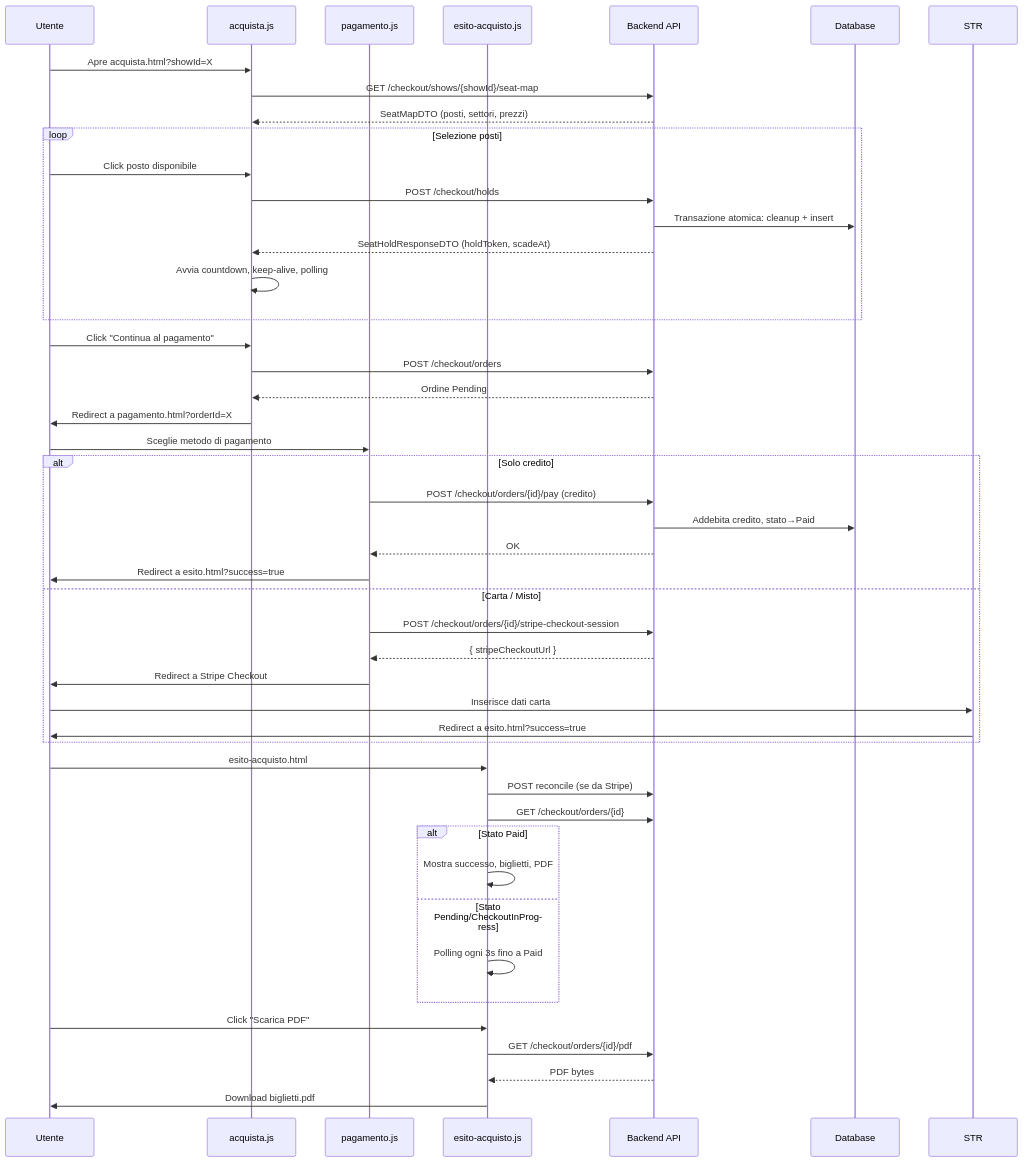
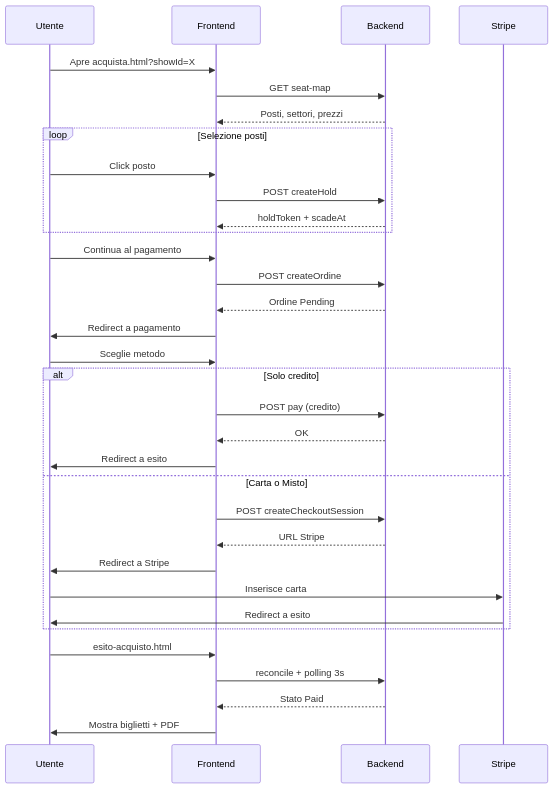
The first of 2 diagrams in film-app-dev_iteration_4/presentazione/05-acquisto-biglietti.md (RizzoThomas/esercizioopencodefilm), drawn with Mermaid before and after one commit. The commit also changed 16 other files, not shown here.

````diff
--- a/film-app-dev_iteration_4/presentazione/05-acquisto-biglietti.md
+++ b/film-app-dev_iteration_4/presentazione/05-acquisto-biglietti.md
@@ -21,56 +21,41 @@
 ```mermaid
 sequenceDiagram
     participant U as Utente
-    participant ACQ as acquista.js
-    participant PAG as pagamento.js
-    participant ES as esito-acquisto.js
-    participant API as Backend API
-    participant DB as Database
+    participant FE as Frontend
+    participant API as Backend
+    participant STR as Stripe
 
-    U->>ACQ: Apre acquista.html?showId=X
-    ACQ->>API: GET /checkout/shows/{showId}/seat-map
-    API-->>ACQ: SeatMapDTO (posti, settori, prezzi)
+    U->>FE: Apre acquista.html?showId=X
+    FE->>API: GET seat-map
+    API-->>FE: Posti, settori, prezzi
 
     loop Selezione posti
-        U->>ACQ: Click posto disponibile
-        ACQ->>API: POST /checkout/holds
-        API->>DB: Transazione atomica: cleanup + insert
-        API-->>ACQ: SeatHoldResponseDTO (holdToken, scadeAt)
-        ACQ->>ACQ: Avvia countdown, keep-alive, polling
+        U->>FE: Click posto
+        FE->>API: POST createHold
+        API-->>FE: holdToken + scadeAt
     end
 
-    U->>ACQ: Click "Continua al pagamento"
-    ACQ->>API: POST /checkout/orders
-    API-->>ACQ: Ordine Pending
-    ACQ->>U: Redirect a pagamento.html?orderId=X
+    U->>FE: Continua al pagamento
+    FE->>API: POST createOrdine
+    API-->>FE: Ordine Pending
+    FE->>U: Redirect a pagamento
 
-    U->>PAG: Sceglie metodo di pagamento
-    
+    U->>FE: Sceglie metodo
+
     Alt Solo credito
-        PAG->>API: POST /checkout/orders/{id}/pay (credito)
-        API->>DB: Addebita credito, stato→Paid
-        API-->>PAG: OK
-        PAG->>U: Redirect a esito.html?success=true
-    Else Carta / Misto
-        PAG->>API: POST /checkout/orders/{id}/stripe-checkout-session
-        API-->>PAG: { stripeCheckoutUrl }
-        PAG->>U: Redirect a Stripe Checkout
-        U->>STR: Inserisce dati carta
-        STR->>U: Redirect a esito.html?success=true
+        FE->>API: POST pay (credito)
+        API-->>FE: OK
+        FE->>U: Redirect a esito
+    Else Carta o Misto
+        FE->>API: POST createCheckoutSession
+        API-->>FE: URL Stripe
+        FE->>U: Redirect a Stripe
+        U->>STR: Inserisce carta
+        STR->>U: Redirect a esito
     End
 
-    U->>ES: esito-acquisto.html
-    ES->>API: POST reconcile (se da Stripe)
-    ES->>API: GET /checkout/orders/{id}
-    
-    Alt Stato Paid
-        ES->>ES: Mostra successo, biglietti, PDF
-    Else Stato Pending/CheckoutInProgress
-        ES->>ES: Polling ogni 3s fino a Paid
-    End
-    
-    U->>ES: Click "Scarica PDF"
-    ES->>API: GET /checkout/orders/{id}/pdf
-    API-->>ES: PDF bytes
-    ES->>U: Download biglietti.pdf
+    U->>FE: esito-acquisto.html
+    FE->>API: reconcile + polling 3s
+    API-->>FE: Stato Paid
+    FE->>U: Mostra biglietti + PDF
 ```
````
